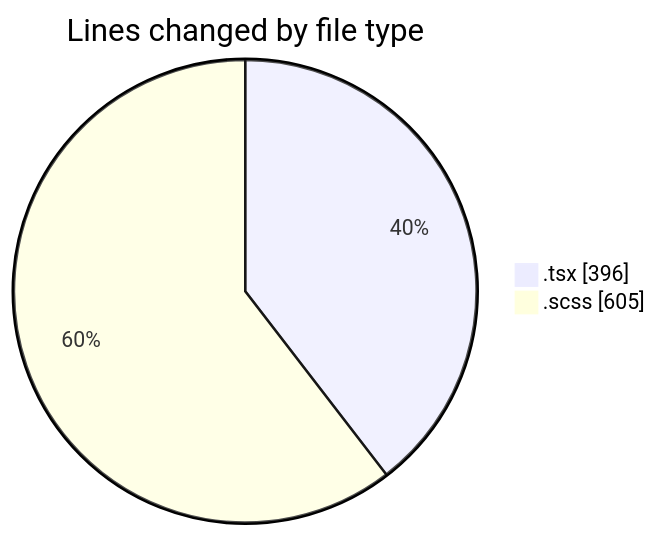
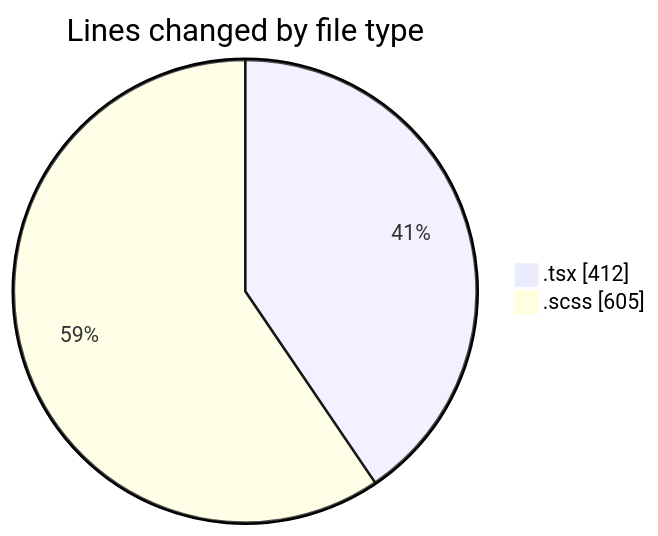
Before and after one commit to momahboobian/code-tracking: the first of 2 diagrams in 2025-03-27/cda/README.md, drawn with Mermaid. The commit also changed other lines of this file and 1 other file, not shown here.

````diff
--- a/2025-03-27/cda/README.md
+++ b/2025-03-27/cda/README.md
@@ -21,6 +21,6 @@
 ```mermaid
 pie showData
 title Lines changed by file type
-".tsx" : 396
+".tsx" : 412
 ".scss" : 605
 ```
````
